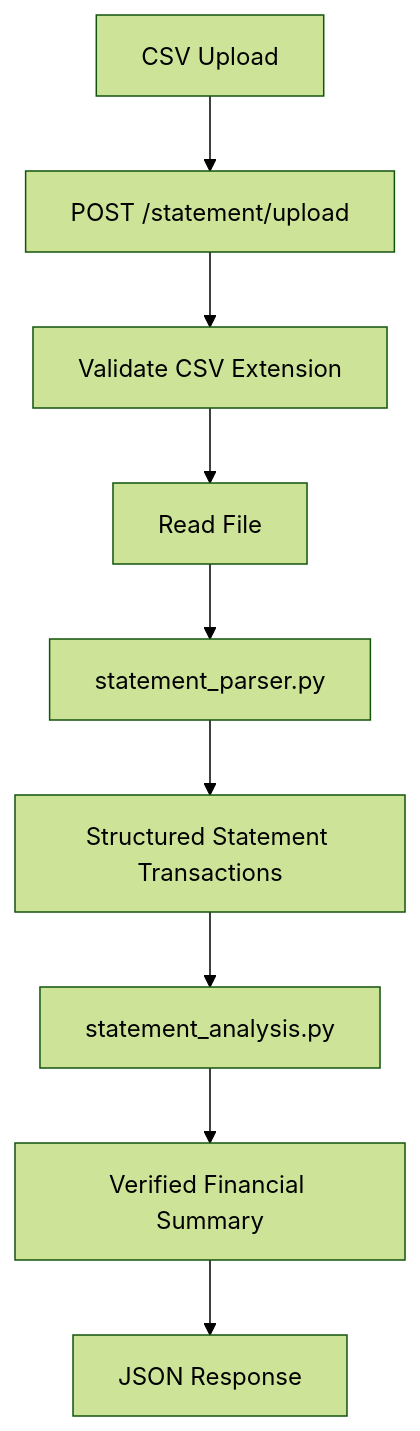
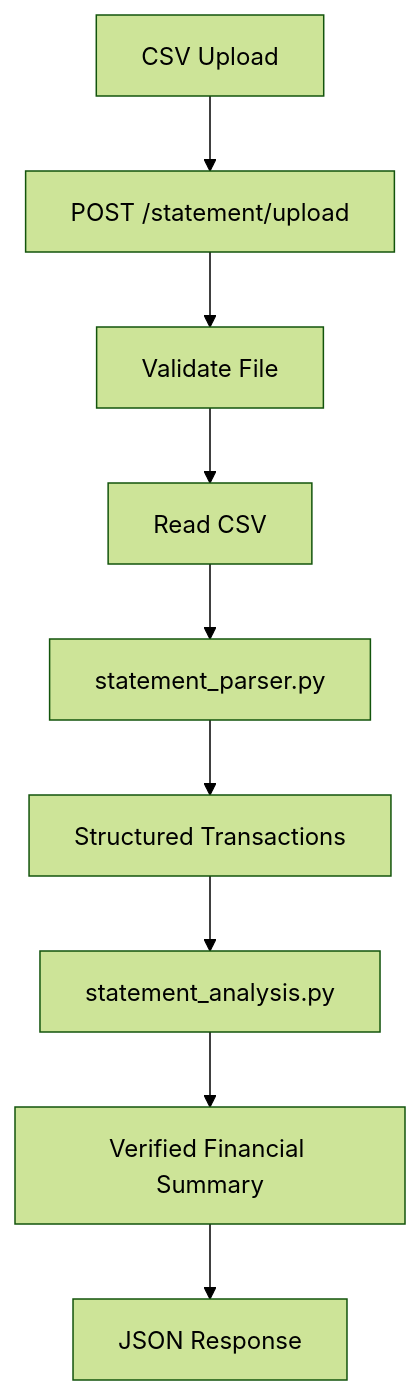
Before and after one commit to daniyalsaqib/Statement_Intelligence_Suite_ABL: the third of 6 diagrams in docs/ARCHITECTURE.md, drawn with Mermaid (forest theme). The commit also changed other lines of this file and 2 other files, not shown here.

````diff
--- a/docs/ARCHITECTURE.md
+++ b/docs/ARCHITECTURE.md
@@ -400,21 +582,21 @@
 ```mermaid
 flowchart TD
     A[CSV Upload]
     B[POST /statement/upload]
-    C[Validate CSV Extension]
-    D[Read File]
+    C[Validate File]
+    D[Read CSV]
     E[statement_parser.py]
-    F[Structured Statement Transactions]
+    F[Structured Transactions]
     G[statement_analysis.py]
     H[Verified Financial Summary]
     I[JSON Response]
 
     A --> B
     B --> C
     C --> D
     D --> E
     E --> F
     F --> G
     G --> H
     H --> I
 ```
````
